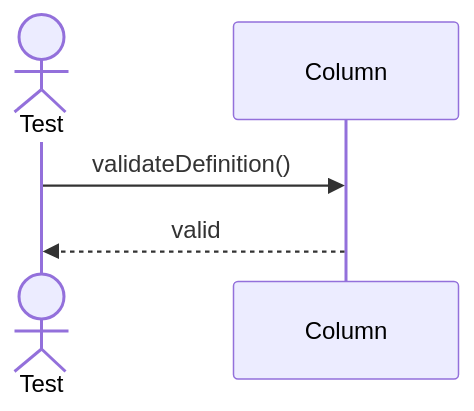
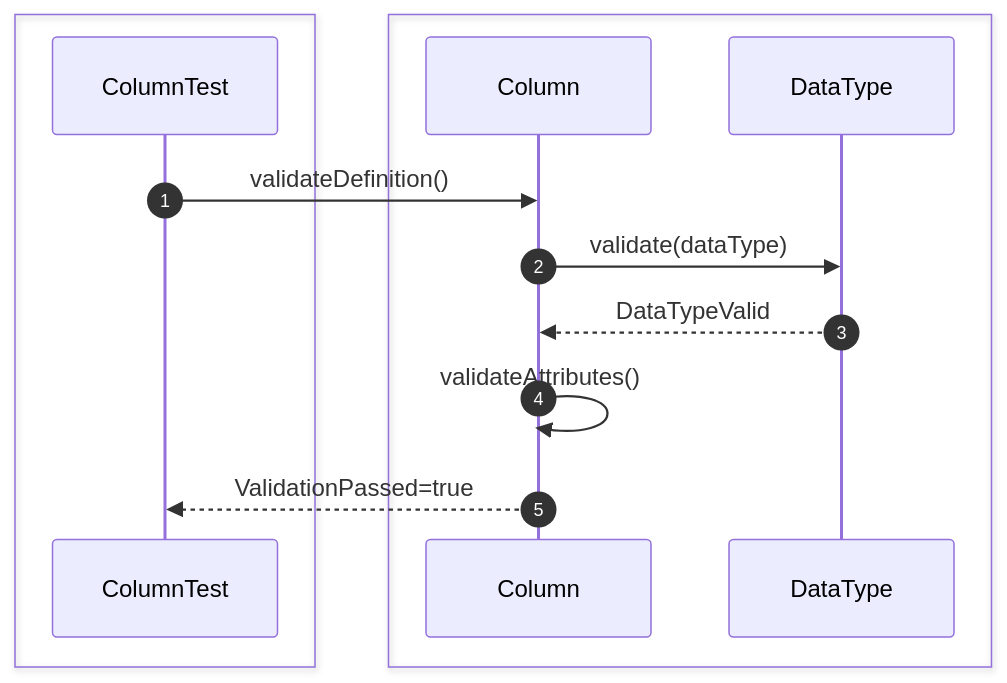
Before and after one commit to Huy1801214/dbms-architecture: diagram 12 of 42 in src/sequence/db-object.md, drawn with Mermaid. The commit also changed other lines of this file, not shown here.

Commit message:
add sequence diagrams for database object unit tests

````diff
--- a/src/sequence/db-object.md
+++ b/src/sequence/db-object.md
@@ -141,8 +257,21 @@
 ```mermaid
 sequenceDiagram
-    actor Test
-    participant Column
+    autonumber
+    box #e1f5fe Test Suite
+    participant Test as ColumnTest
+    end
+    box #e8f5e9 Database Objects
+    participant Column as Column
+    participant DataType as DataType
+    end
 
     Test->>Column: validateDefinition()
-    Column-->>Test: valid
+
+    Column->>DataType: validate(dataType)
+
+    DataType-->>Column: DataTypeValid
+
+    Column->>Column: validateAttributes()
+
+    Column-->>Test: ValidationPassed=true
 ```
````
